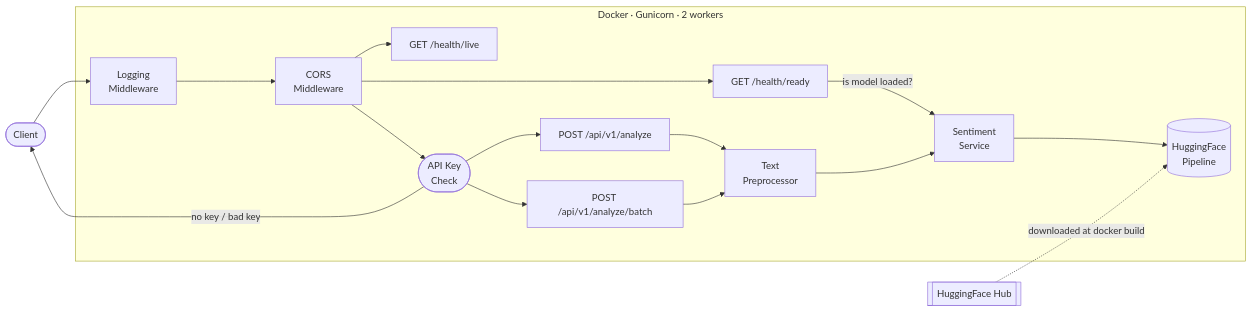
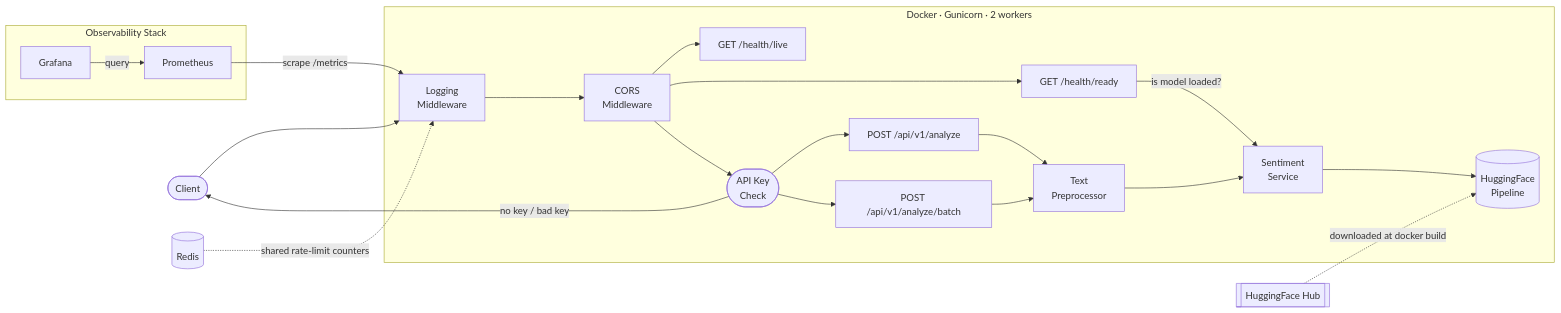
The first of 2 diagrams in system-design.md (H41s3/sentiment-api), drawn with Mermaid before and after one commit.

Commit message:
docs(system-design): add observability stack and Redis to architecture
Include Prometheus, Grafana, and Redis in the architecture diagram so
the full production topology is visible in one place.

````diff
--- a/system-design.md
+++ b/system-design.md
@@ -5,32 +5,42 @@
 ```mermaid
 graph LR
     Client(["Client"])
 
     subgraph Docker["Docker  ·  Gunicorn  ·  2 workers"]
         Log["Logging\nMiddleware"]
         CORS["CORS\nMiddleware"]
 
         Live["GET /health/live"]
         Ready["GET /health/ready"]
 
         Auth(["API Key\nCheck"])
 
         Analyze["POST /api/v1/analyze"]
         Batch["POST /api/v1/analyze/batch"]
 
         Preprocess["Text\nPreprocessor"]
         Service["Sentiment\nService"]
         Model[("HuggingFace\nPipeline")]
     end
 
     HF[["HuggingFace Hub"]]
 
+    subgraph Observability["Observability Stack"]
+        Prom["Prometheus"]
+        Graf["Grafana"]
+    end
+
+    Redis[("Redis")]
+
     Client --> Log --> CORS
     CORS --> Live & Ready
     CORS --> Auth
     Auth -->|"no key / bad key"| Client
     Auth --> Analyze & Batch
     Ready -->|"is model loaded?"| Service
     Analyze & Batch --> Preprocess --> Service --> Model
     HF -.->|"downloaded at docker build"| Model
+    Prom -->|"scrape /metrics"| Log
+    Graf -->|"query"| Prom
+    Redis -.->|"shared rate-limit counters"| Log
 ```
````
